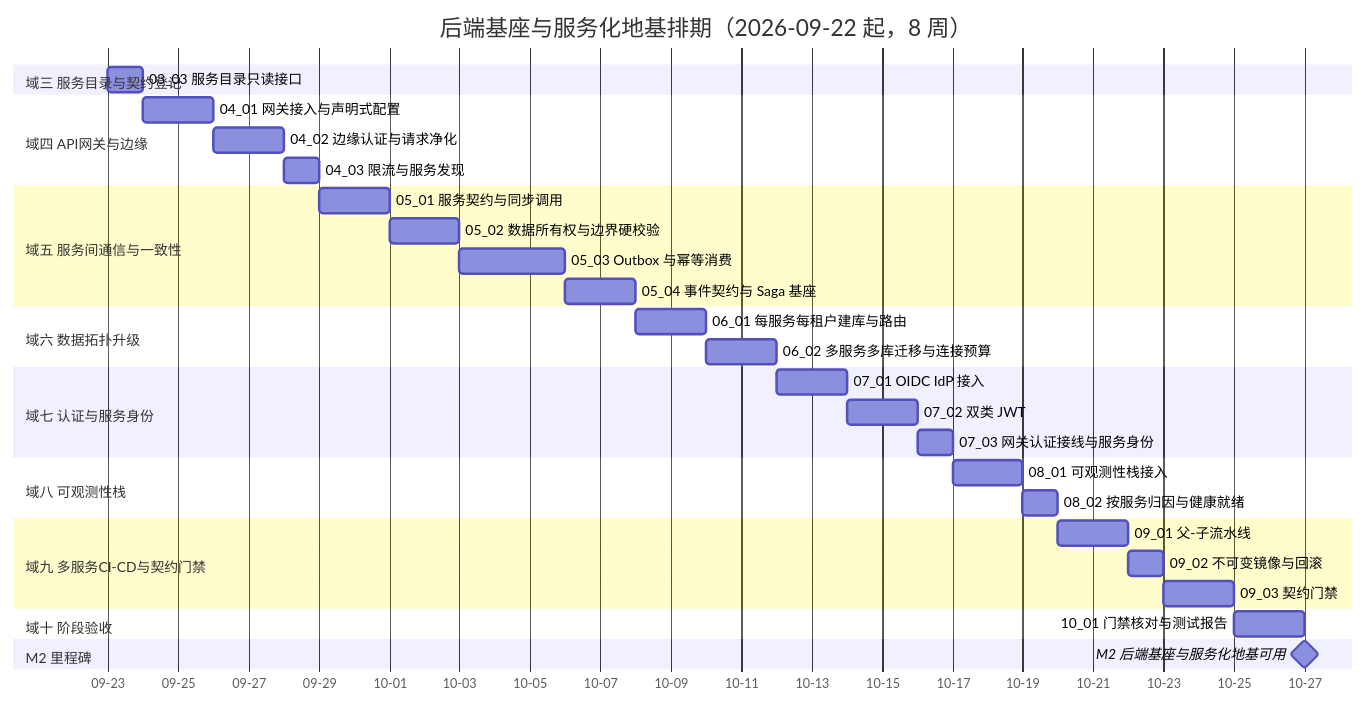
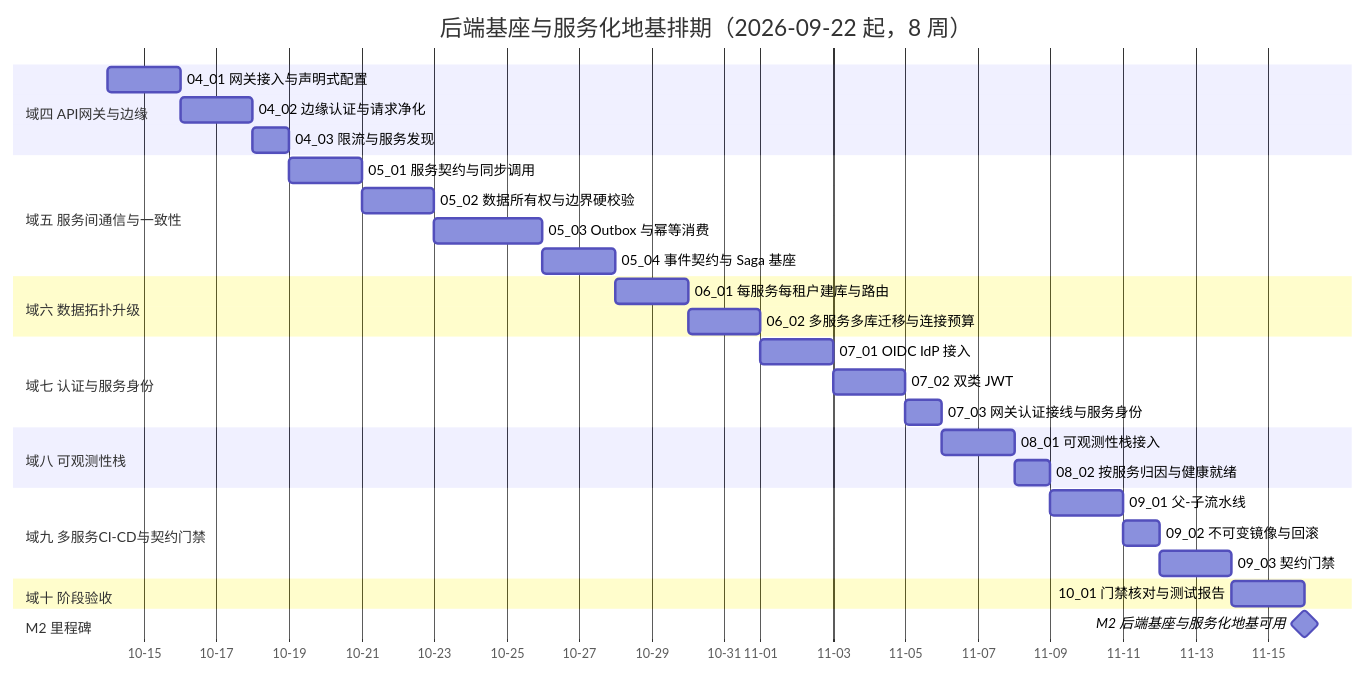
One commit to minjian123/basic-management-system changed the diagram in bms文档/项目/02_后端基座与服务化地基/计划/01_计划_后端基座与服务化地基.md. Above: the diagram before and after it, drawn with Mermaid. The commit also changed other lines of this file and 7 other files, not shown here.

````diff
--- a/bms文档/项目/02_后端基座与服务化地基/计划/01_计划_后端基座与服务化地基.md
+++ b/bms文档/项目/02_后端基座与服务化地基/计划/01_计划_后端基座与服务化地基.md
@@ -57,35 +57,33 @@
 ```mermaid
 gantt
     title 后端基座与服务化地基排期（2026-09-22 起，8 周）
     dateFormat  YYYY-MM-DD
     axisFormat %m-%d
-    section 域三 服务目录与契约登记
-    03_03 服务目录只读接口 :a0303, 2026-09-23, 1d
     section 域四 API网关与边缘
-    04_01 网关接入与声明式配置 :a0401, after a0303, 2d
+    04_01 网关接入与声明式配置 :a0401, 2026-10-14, 2d
     04_02 边缘认证与请求净化 :a0402, after a0401, 2d
     04_03 限流与服务发现 :a0403, after a0402, 1d
     section 域五 服务间通信与一致性
     05_01 服务契约与同步调用 :a0501, after a0403, 2d
     05_02 数据所有权与边界硬校验 :a0502, after a0501, 2d
     05_03 Outbox 与幂等消费 :a0503, after a0502, 3d
     05_04 事件契约与 Saga 基座 :a0504, after a0503, 2d
     section 域六 数据拓扑升级
     06_01 每服务每租户建库与路由 :a0601, after a0504, 2d
     06_02 多服务多库迁移与连接预算 :a0602, after a0601, 2d
     section 域七 认证与服务身份
     07_01 OIDC IdP 接入 :a0701, after a0602, 2d
     07_02 双类 JWT :a0702, after a0701, 2d
     07_03 网关认证接线与服务身份 :a0703, after a0702, 1d
     section 域八 可观测性栈
     08_01 可观测性栈接入 :a0801, after a0703, 2d
     08_02 按服务归因与健康就绪 :a0802, after a0801, 1d
     section 域九 多服务CI-CD与契约门禁
     09_01 父-子流水线 :a0901, after a0802, 2d
     09_02 不可变镜像与回滚 :a0902, after a0901, 1d
     09_03 契约门禁 :a0903, after a0902, 2d
     section 域十 阶段验收
     10_01 门禁核对与测试报告 :a1001, after a0903, 2d
     section M2 里程碑
     M2 后端基座与服务化地基可用 :milestone, mm2, after a1001, 0d
 ```
````
